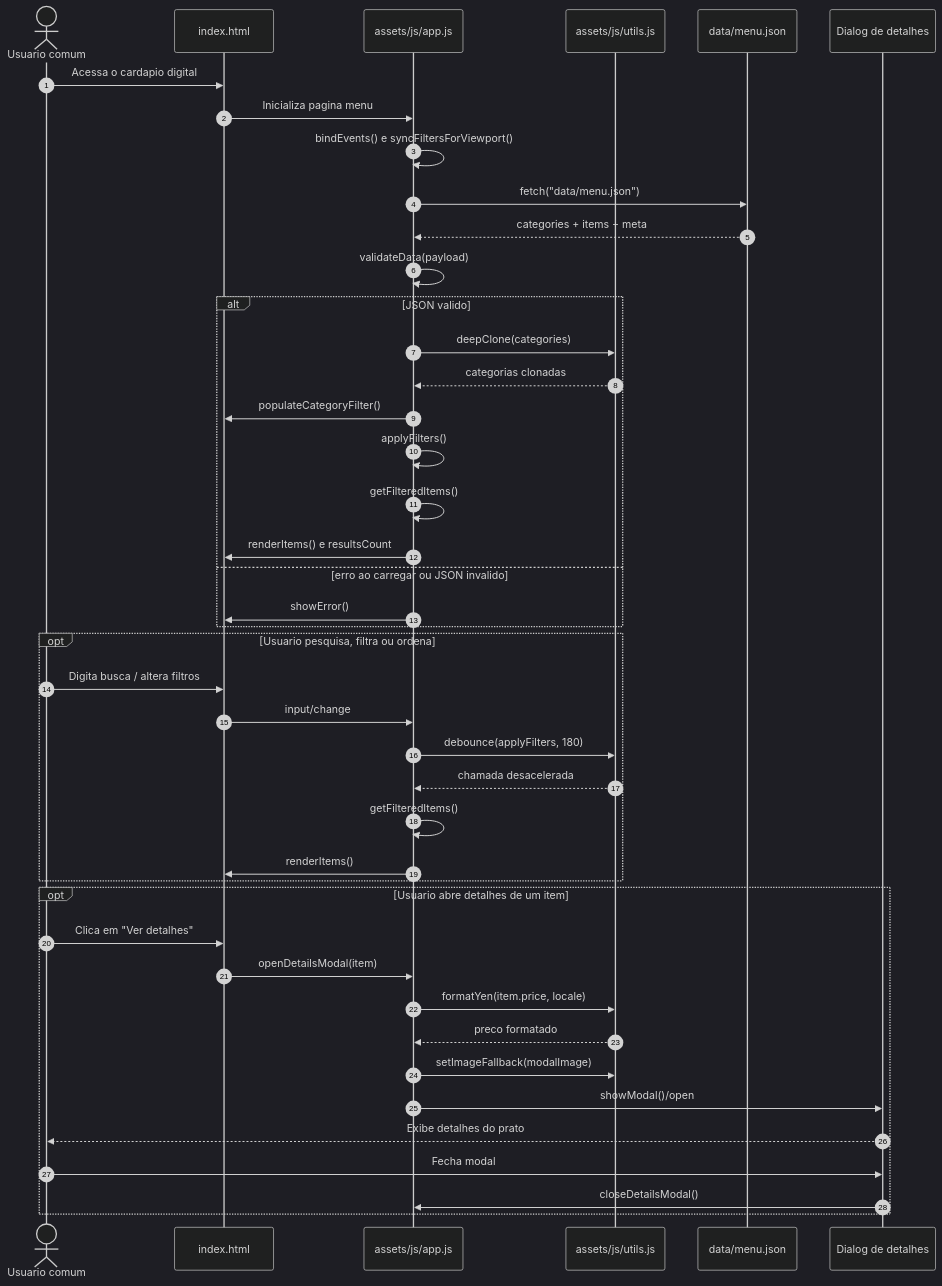
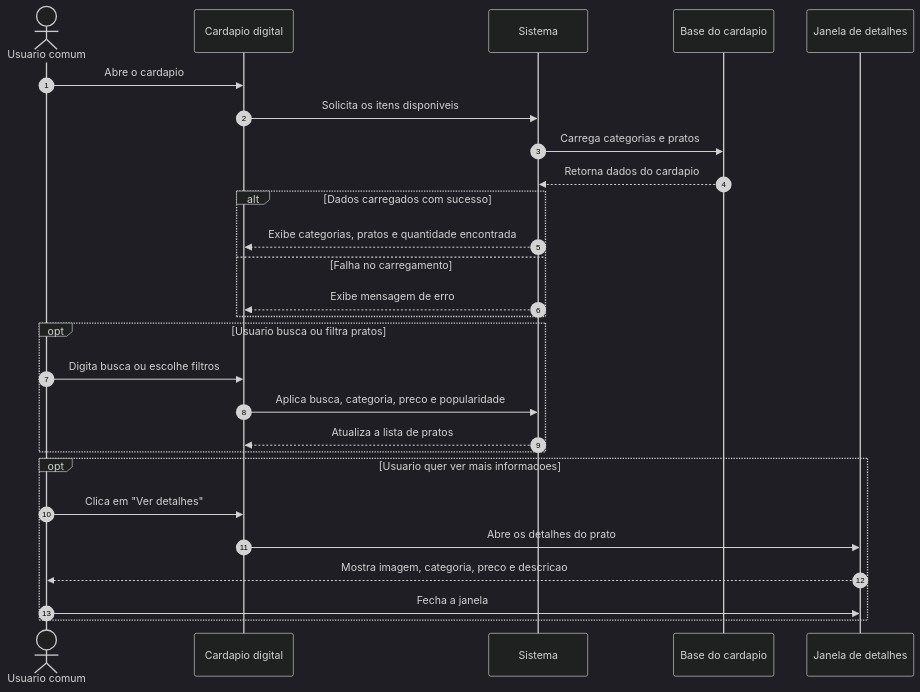
The diagram in docs/diagramas/diagrama-sequencia-usuario.mmd (senai-cortex/menu-project), drawn with Mermaid (dark theme) before and after one commit. The commit also changed 1 other file, not shown here.

Commit message:
Simplify sequence diagrams

```diff
--- a/docs/diagramas/diagrama-sequencia-usuario.mmd
+++ b/docs/diagramas/diagrama-sequencia-usuario.mmd
@@ -1,47 +1,31 @@
 sequenceDiagram
     autonumber
     actor Usuario as Usuario comum
-    participant UI as index.html
-    participant App as assets/js/app.js
-    participant Utils as assets/js/utils.js
-    participant JSON as data/menu.json
-    participant Modal as Dialog de detalhes
+    participant Cardapio as Cardapio digital
+    participant Sistema as Sistema
+    participant Dados as Base do cardapio
+    participant Detalhes as Janela de detalhes
 
-    Usuario->>UI: Acessa o cardapio digital
-    UI->>App: Inicializa pagina menu
-    App->>App: bindEvents() e syncFiltersForViewport()
-    App->>JSON: fetch("data/menu.json")
-    JSON-->>App: categories + items + meta
-    App->>App: validateData(payload)
+    Usuario->>Cardapio: Abre o cardapio
+    Cardapio->>Sistema: Solicita os itens disponiveis
+    Sistema->>Dados: Carrega categorias e pratos
+    Dados-->>Sistema: Retorna dados do cardapio
 
-    alt JSON valido
-        App->>Utils: deepClone(categories)
-        Utils-->>App: categorias clonadas
-        App->>UI: populateCategoryFilter()
-        App->>App: applyFilters()
-        App->>App: getFilteredItems()
-        App->>UI: renderItems() e resultsCount
-    else erro ao carregar ou JSON invalido
-        App->>UI: showError()
+    alt Dados carregados com sucesso
+        Sistema-->>Cardapio: Exibe categorias, pratos e quantidade encontrada
+    else Falha no carregamento
+        Sistema-->>Cardapio: Exibe mensagem de erro
     end
 
-    opt Usuario pesquisa, filtra ou ordena
-        Usuario->>UI: Digita busca / altera filtros
-        UI->>App: input/change
-        App->>Utils: debounce(applyFilters, 180)
-        Utils-->>App: chamada desacelerada
-        App->>App: getFilteredItems()
-        App->>UI: renderItems()
+    opt Usuario busca ou filtra pratos
+        Usuario->>Cardapio: Digita busca ou escolhe filtros
+        Cardapio->>Sistema: Aplica busca, categoria, preco e popularidade
+        Sistema-->>Cardapio: Atualiza a lista de pratos
     end
 
-    opt Usuario abre detalhes de um item
-        Usuario->>UI: Clica em "Ver detalhes"
-        UI->>App: openDetailsModal(item)
-        App->>Utils: formatYen(item.price, locale)
-        Utils-->>App: preco formatado
-        App->>Utils: setImageFallback(modalImage)
-        App->>Modal: showModal()/open
-        Modal-->>Usuario: Exibe detalhes do prato
-        Usuario->>Modal: Fecha modal
-        Modal->>App: closeDetailsModal()
+    opt Usuario quer ver mais informacoes
+        Usuario->>Cardapio: Clica em "Ver detalhes"
+        Cardapio->>Detalhes: Abre os detalhes do prato
+        Detalhes-->>Usuario: Mostra imagem, categoria, preco e descricao
+        Usuario->>Detalhes: Fecha a janela
     end
```
